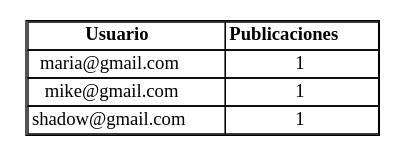
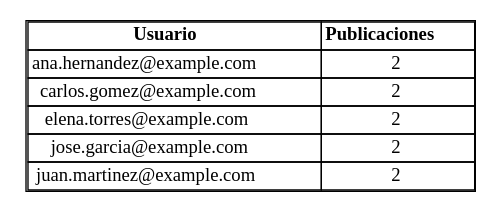
The diagram in Fase1/output/Top5Usuarios.dot (Kevin-alvarez1/PROYECTO_MULTIFASES_RED_SOCIAL), drawn with Graphviz before and after one commit. The commit also changed 23 other files, not shown here.

```diff
--- a/Fase1/output/Top5Usuarios.dot
+++ b/Fase1/output/Top5Usuarios.dot
@@ -1,10 +1,12 @@
 digraph G {
 node [shape=plaintext];
 Top5Usuarios [label=<
 <table border='1' cellborder='1' cellspacing='0'>
 <tr><td><b>Usuario</b></td><td><b>Publicaciones</b></td></tr>
-<tr><td>maria@gmail.com</td><td>1</td></tr>
-<tr><td>mike@gmail.com</td><td>1</td></tr>
-<tr><td>shadow@gmail.com</td><td>1</td></tr>
+<tr><td>ana.hernandez@example.com</td><td>2</td></tr>
+<tr><td>carlos.gomez@example.com</td><td>2</td></tr>
+<tr><td>elena.torres@example.com</td><td>2</td></tr>
+<tr><td>jose.garcia@example.com</td><td>2</td></tr>
+<tr><td>juan.martinez@example.com</td><td>2</td></tr>
 </table>>];
 }
```
